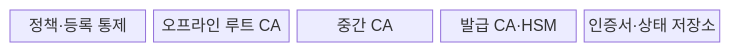
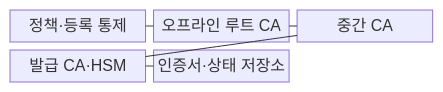
The first of 2 diagrams in src/content/docs/notes/05-security/009_certificate_authority.md (agnusdei1207/knowledge-base), drawn with Mermaid before and after one commit. The commit also changed other lines of this file and 151 other files, not shown here.

````diff
--- a/src/content/docs/notes/05-security/009_certificate_authority.md
+++ b/src/content/docs/notes/05-security/009_certificate_authority.md
@@ -58,9 +58,13 @@
 ```mermaid
 block-beta
-    columns 5
+    columns 3
     P["정책·등록 통제"]
     R["오프라인 루트 CA"]
     I["중간 CA"]
     C["발급 CA·HSM"]
     S["인증서·상태 저장소"]
+    P --- R
+    R --- I
+    I --- C
+    C --- S
 ```
````
